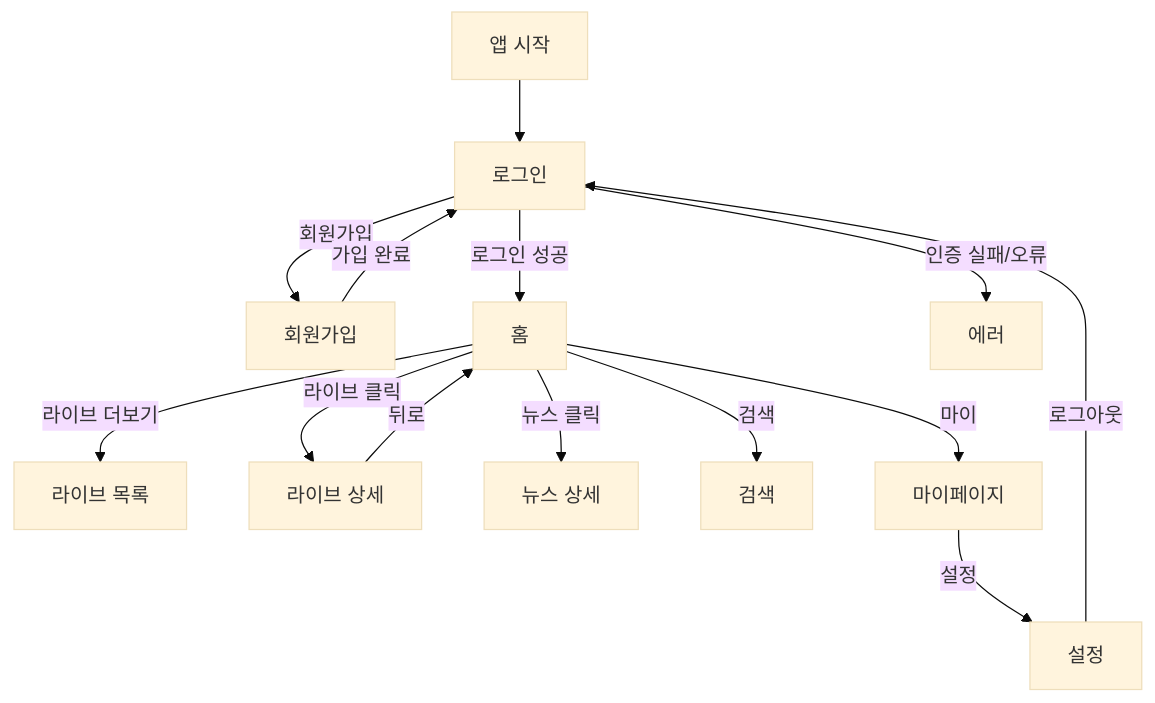
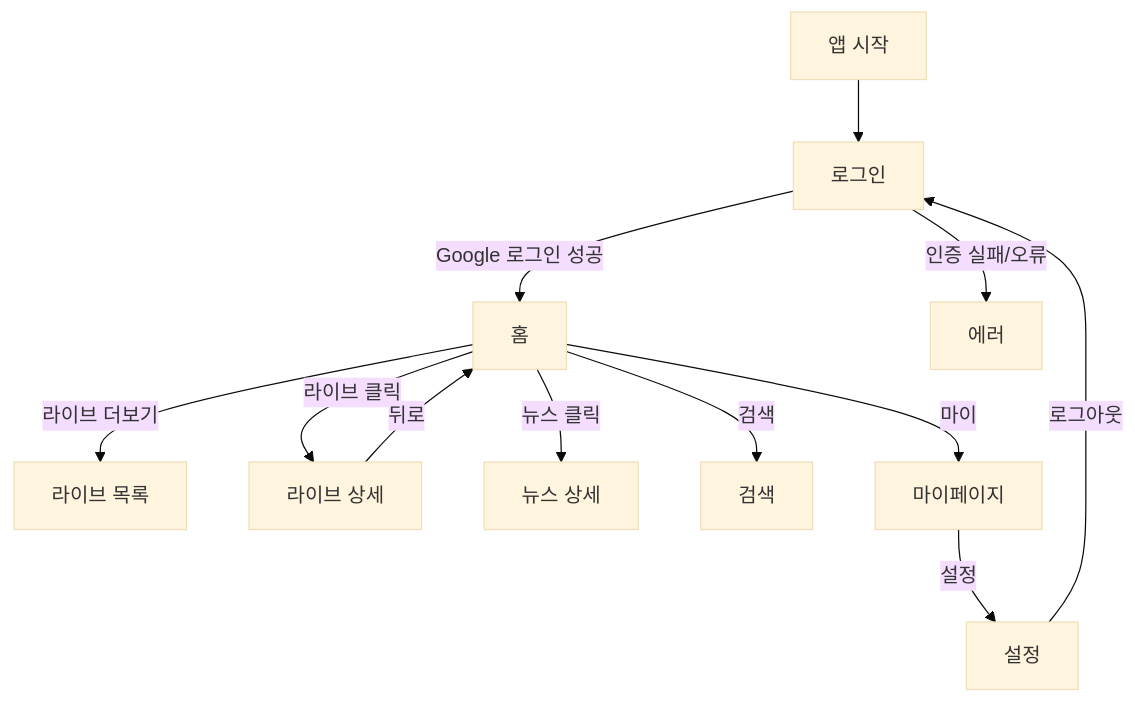
The diagram in docs/mvp/mvp_화면_정의서.md (jskjw157/FanPulse), drawn with Mermaid (base theme) before and after one commit. The commit also changed other lines of this file and 6 other files, not shown here.

````diff
--- a/docs/mvp/mvp_화면_정의서.md
+++ b/docs/mvp/mvp_화면_정의서.md
@@ -27,16 +26,14 @@
 ```mermaid
 flowchart TD;
   Start[앱 시작] --> H002[로그인]
-  H002 -->|회원가입| H002_1[회원가입]
-  H002_1 -->|가입 완료| H002
-  H002 -->|로그인 성공| H001[홈]
+  H002 -->|Google 로그인 성공| H001[홈]
   H001 -->|라이브 더보기| H006[라이브 목록]
   H001 -->|라이브 클릭| H019[라이브 상세]
   H019 -->|뒤로| H001
   H001 -->|뉴스 클릭| H011[뉴스 상세]
   H001 -->|검색| H018[검색]
   H001 -->|마이| H016[마이페이지]
   H016 -->|설정| H010[설정]
   H010 -->|로그아웃| H002
   H002 -->|인증 실패/오류| H024[에러]
 ```
````
